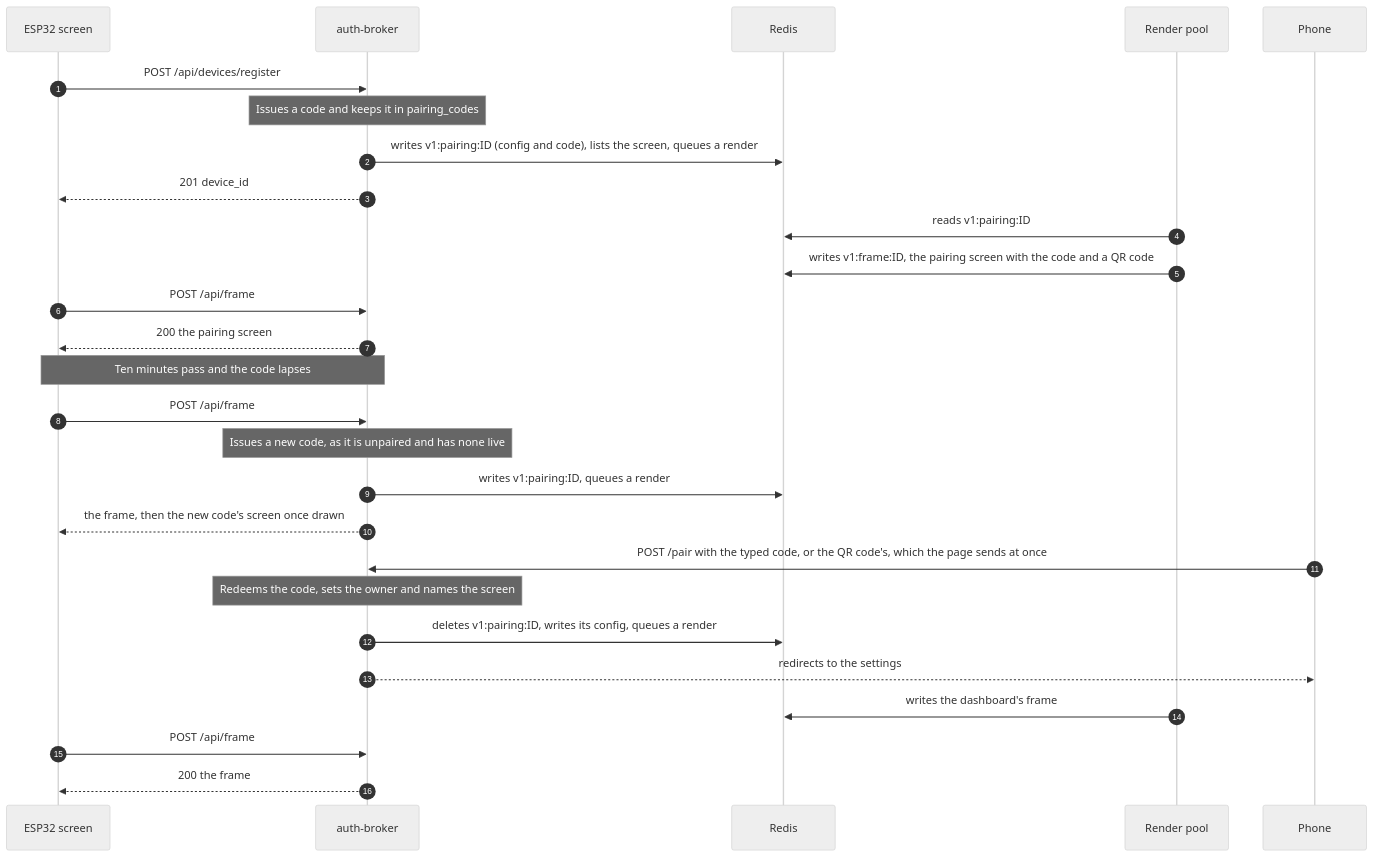
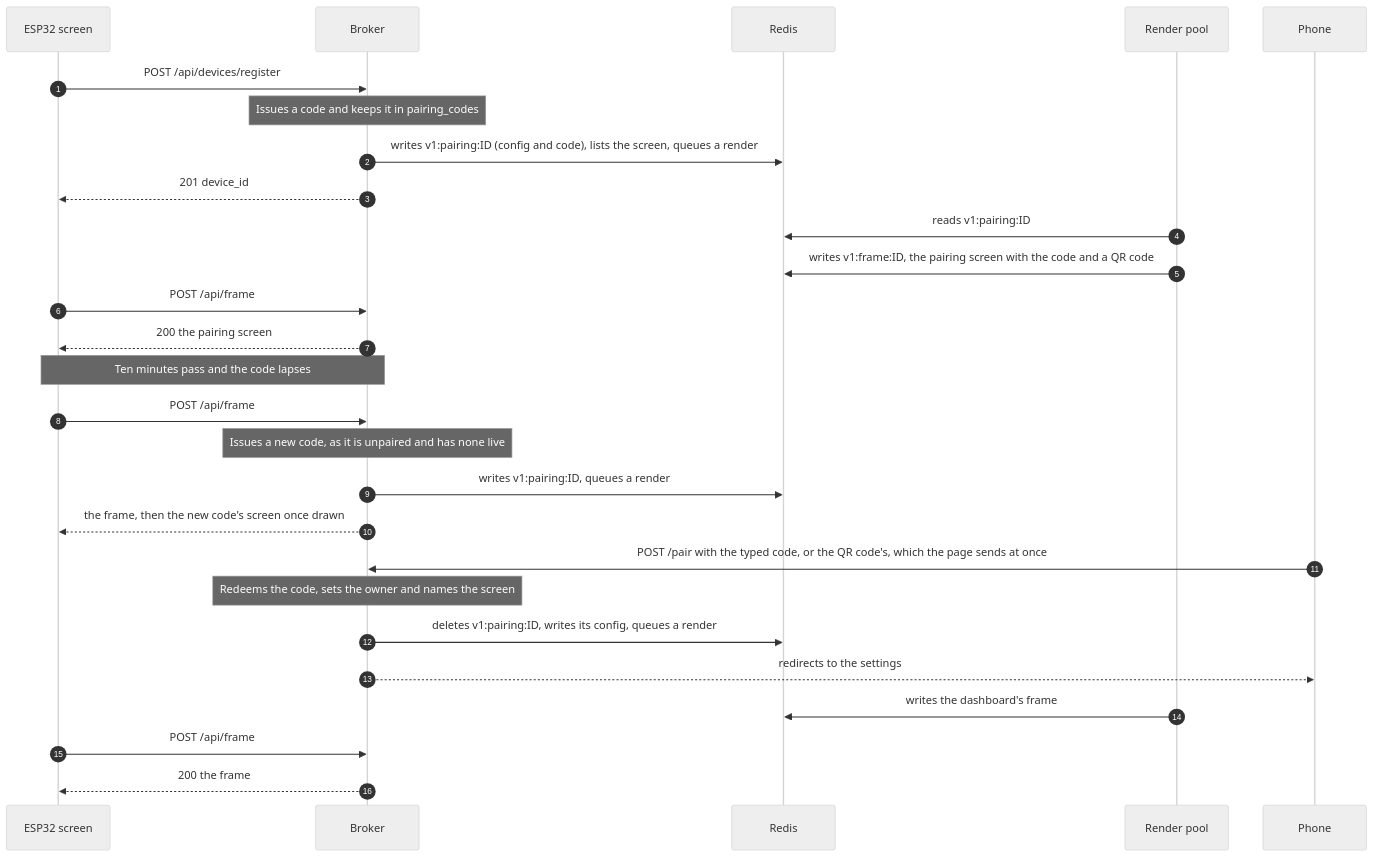
Before and after one commit to nvorkinn/auth-broker: the fourth of 6 diagrams in docs/architecture.md, drawn with Mermaid (neutral theme). The commit also changed other lines of this file and 15 other files, not shown here.

````diff
--- a/docs/architecture.md
+++ b/docs/architecture.md
@@ -162,30 +162,30 @@
 ```mermaid
 sequenceDiagram
     autonumber
     participant S as ESP32 screen
-    participant B as auth-broker
+    participant B as Broker
     participant R as Redis
     participant W as Render pool
     participant P as Phone
 
     S->>B: POST /api/devices/register
     Note over B: Issues a code and keeps it in pairing_codes
     B->>R: writes v1:pairing:ID (config and code), lists the screen, queues a render
     B-->>S: 201 device_id
     W->>R: reads v1:pairing:ID
     W->>R: writes v1:frame:ID, the pairing screen with the code and a QR code
     S->>B: POST /api/frame
     B-->>S: 200 the pairing screen
     Note over S,B: Ten minutes pass and the code lapses
     S->>B: POST /api/frame
     Note over B: Issues a new code, as it is unpaired and has none live
     B->>R: writes v1:pairing:ID, queues a render
     B-->>S: the frame, then the new code's screen once drawn
     P->>B: POST /pair with the typed code, or the QR code's, which the page sends at once
     Note over B: Redeems the code, sets the owner and names the screen
     B->>R: deletes v1:pairing:ID, writes its config, queues a render
     B-->>P: redirects to the settings
     W->>R: writes the dashboard's frame
     S->>B: POST /api/frame
     B-->>S: 200 the frame
 ```
````
